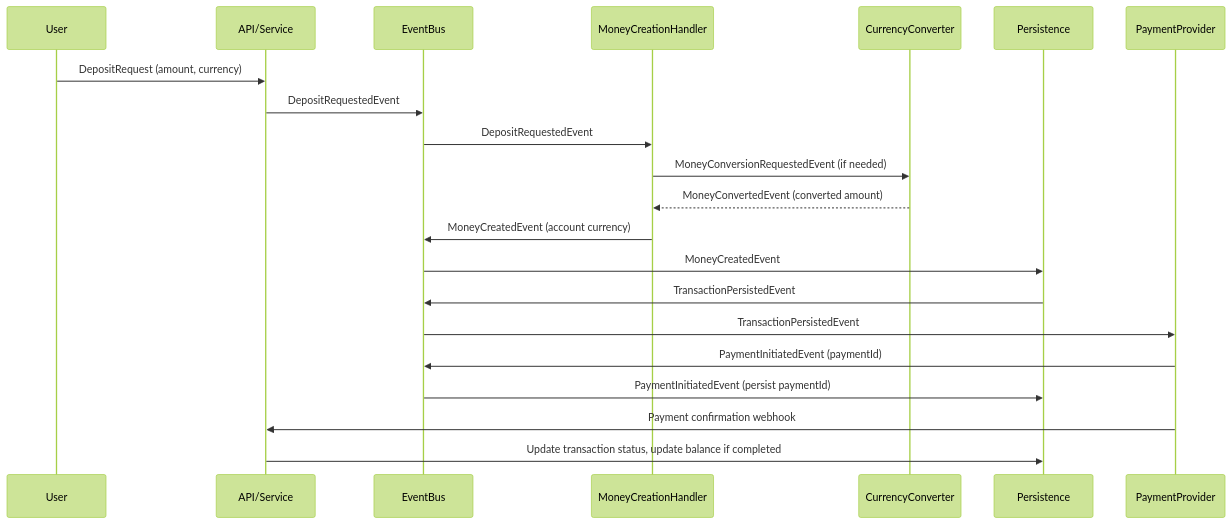
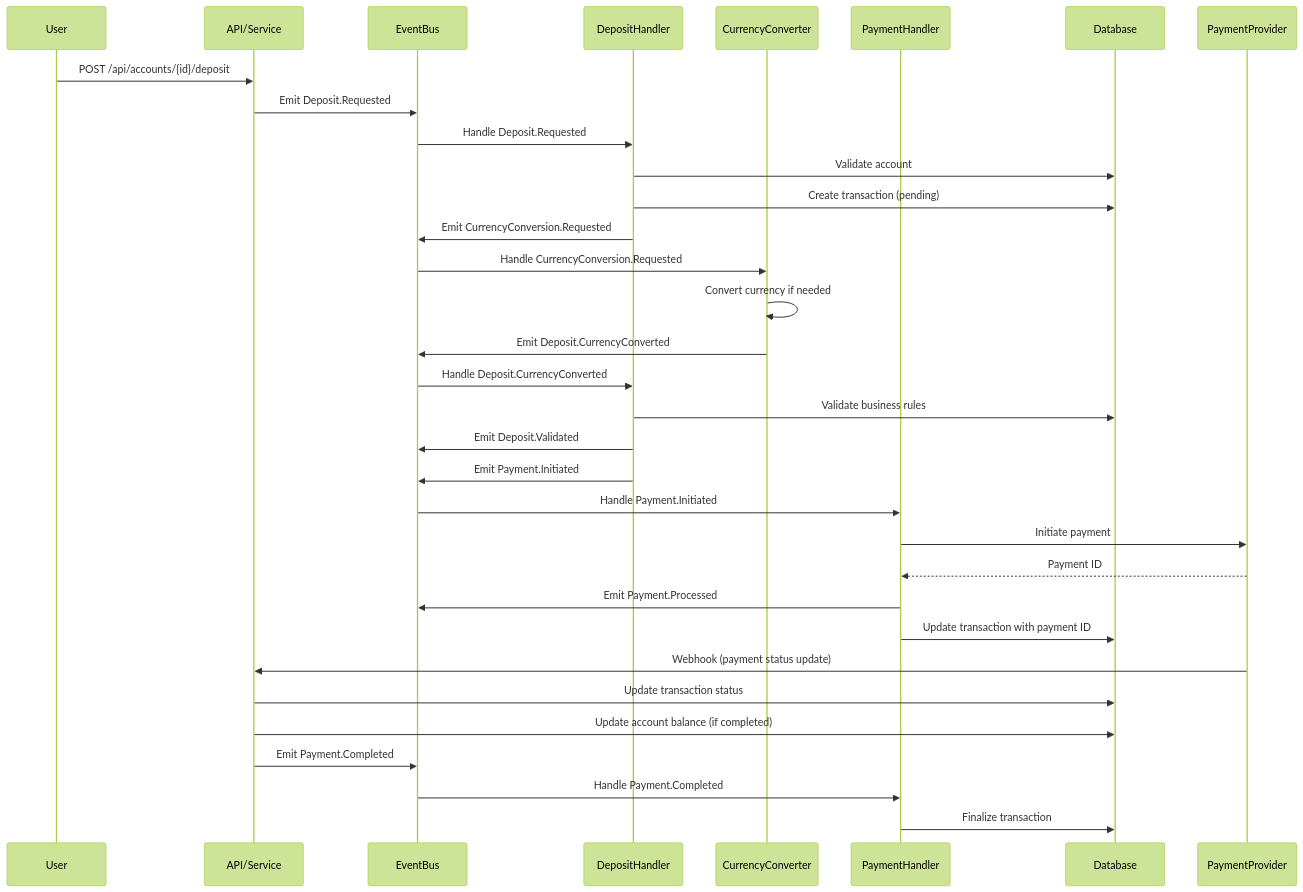
One commit to amirasaad/fintech changed the diagram in ARCHITECTURE.md. Above: the diagram before and after it, drawn with Mermaid (forest theme). The commit also changed other lines of this file and 161 other files, not shown here.

````diff
--- a/ARCHITECTURE.md
+++ b/ARCHITECTURE.md
@@ -56,24 +56,41 @@
 ```mermaid
 sequenceDiagram
     participant U as User
     participant API as API/Service
     participant EB as EventBus
-    participant MC as MoneyCreationHandler
+    participant DH as DepositHandler
     participant CC as CurrencyConverter
-    participant DB as Persistence
+    participant PH as PaymentHandler
+    participant DB as Database
     participant PP as PaymentProvider
 
-    U->>API: DepositRequest (amount, currency)
-    API->>EB: DepositRequestedEvent
-    EB->>MC: DepositRequestedEvent
-    MC->>CC: MoneyConversionRequestedEvent (if needed)
-    CC-->>MC: MoneyConvertedEvent (converted amount)
-    MC->>EB: MoneyCreatedEvent (account currency)
-    EB->>DB: MoneyCreatedEvent
-    DB->>EB: TransactionPersistedEvent
-    EB->>PP: TransactionPersistedEvent
-    PP->>EB: PaymentInitiatedEvent (paymentId)
-    EB->>DB: PaymentInitiatedEvent (persist paymentId)
-    PP->>API: Payment confirmation webhook
-    API->>DB: Update transaction status, update balance if completed
+    U->>API: POST /api/accounts/{id}/deposit
+    API->>EB: Emit Deposit.Requested
+    EB->>DH: Handle Deposit.Requested
+    DH->>DB: Validate account
+    DH->>DB: Create transaction (pending)
+    DH->>EB: Emit CurrencyConversion.Requested
+
+    EB->>CC: Handle CurrencyConversion.Requested
+    CC->>CC: Convert currency if needed
+    CC->>EB: Emit Deposit.CurrencyConverted
+
+    EB->>DH: Handle Deposit.CurrencyConverted
+    DH->>DB: Validate business rules
+    DH->>EB: Emit Deposit.Validated
+    DH->>EB: Emit Payment.Initiated
+
+    EB->>PH: Handle Payment.Initiated
+    PH->>PP: Initiate payment
+    PP-->>PH: Payment ID
+    PH->>EB: Emit Payment.Processed
+    PH->>DB: Update transaction with payment ID
+
+    PP->>API: Webhook (payment status update)
+    API->>DB: Update transaction status
+    API->>DB: Update account balance (if completed)
+    API->>EB: Emit Payment.Completed
+
+    EB->>PH: Handle Payment.Completed
+    PH->>DB: Finalize transaction
 ```
````
